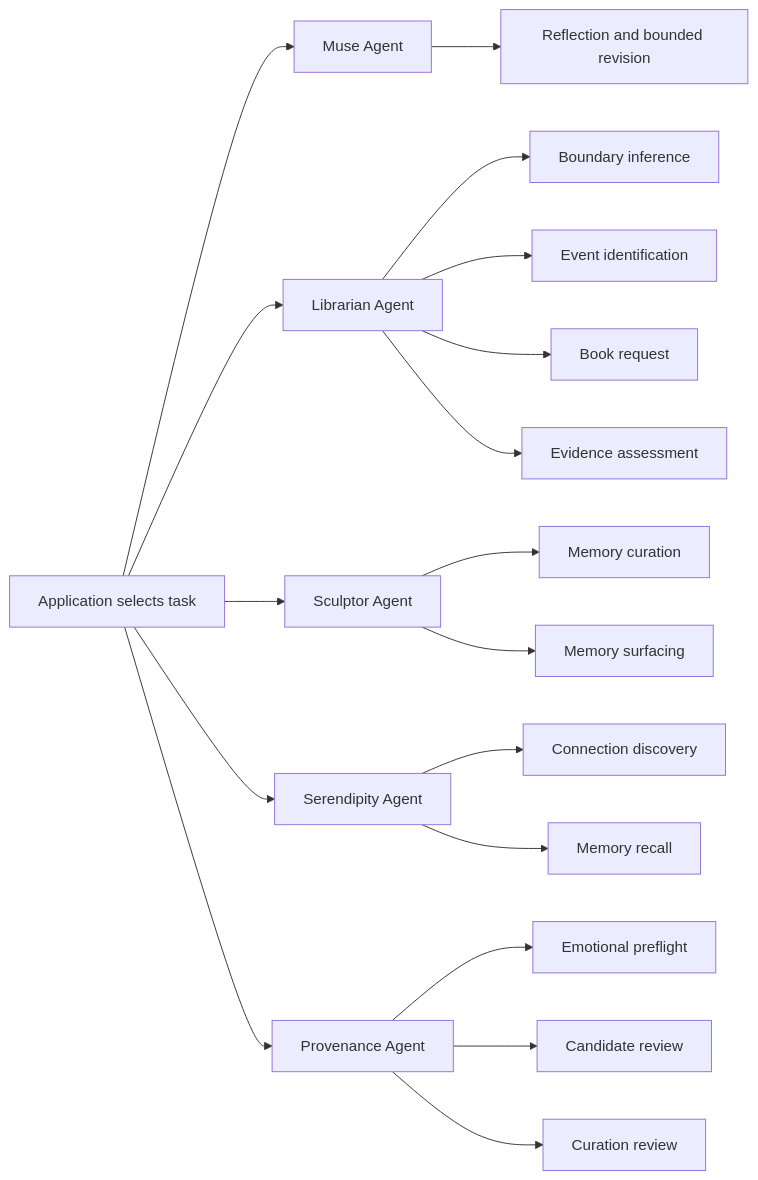
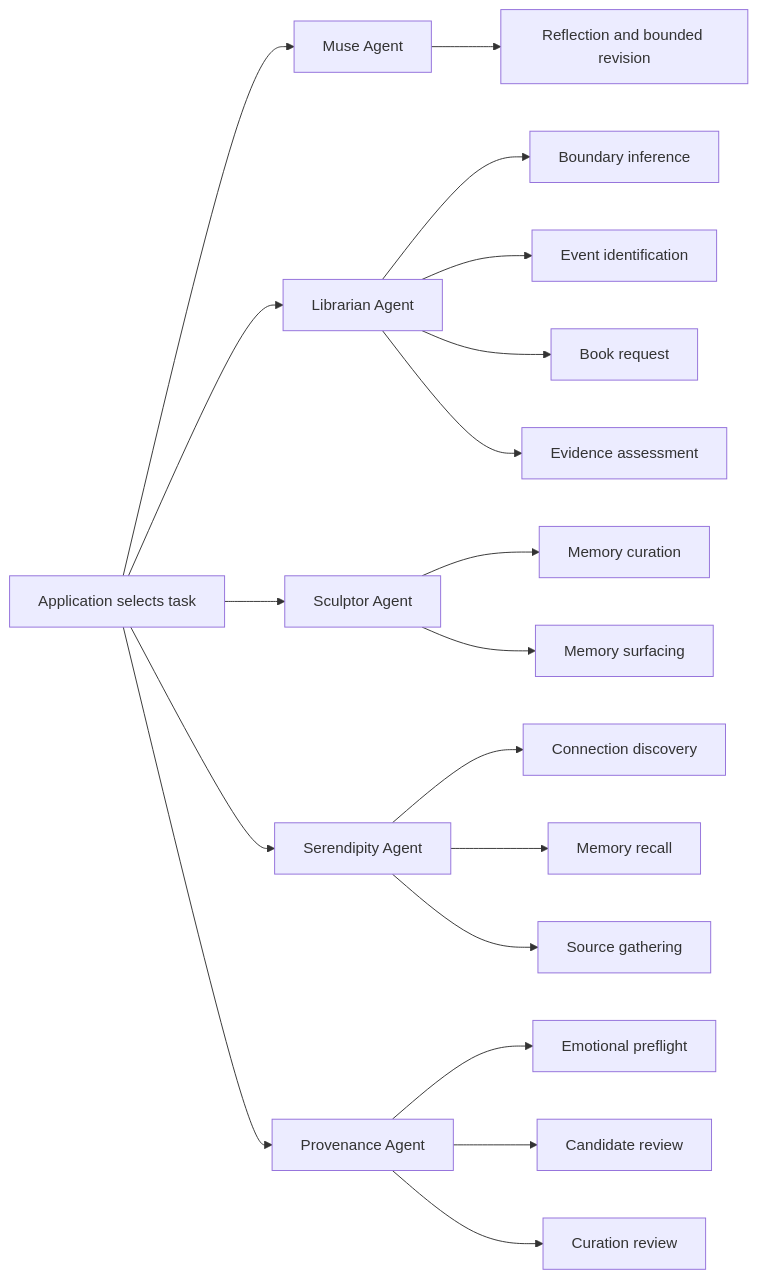
The first of 2 diagrams in docs/agent-skills.md (DesmondChoy/linger), drawn with Mermaid before and after one commit. The commit also changed other lines of this file and 33 other files, not shown here.

````diff
--- a/docs/agent-skills.md
+++ b/docs/agent-skills.md
@@ -34,20 +35,21 @@
 ```mermaid
 flowchart LR
     App[Application selects task] --> Muse[Muse Agent]
     App --> Librarian[Librarian Agent]
     App --> Sculptor[Sculptor Agent]
     App --> Serendipity[Serendipity Agent]
     App --> Provenance[Provenance Agent]
     Muse --> Reflection[Reflection and bounded revision]
     Librarian --> Boundary[Boundary inference]
     Librarian --> Identify[Event identification]
     Librarian --> Request[Book request]
     Librarian --> Strength[Evidence assessment]
     Sculptor --> Curation[Memory curation]
     Sculptor --> Surfacing[Memory surfacing]
     Serendipity --> Connection[Connection discovery]
     Serendipity --> Recall[Memory recall]
+    Serendipity --> Gathering[Source gathering]
     Provenance --> Preflight[Emotional preflight]
     Provenance --> Candidate[Candidate review]
     Provenance --> CurationReview[Curation review]
 ```
````
